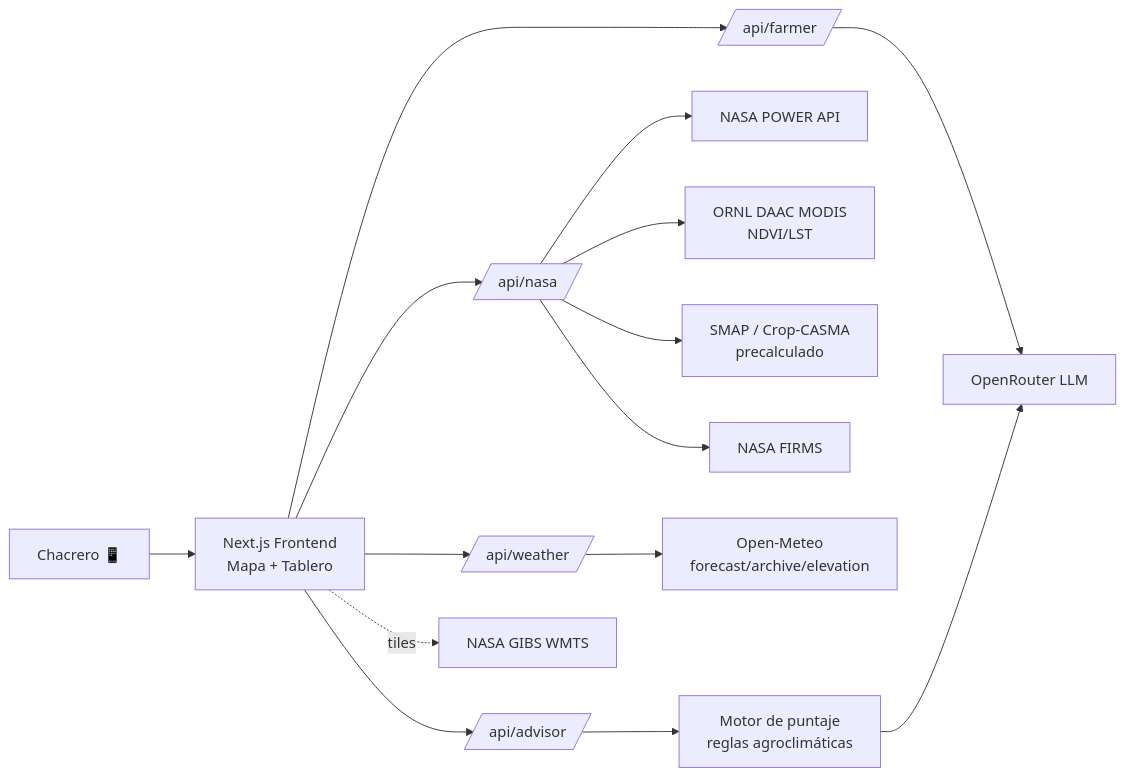
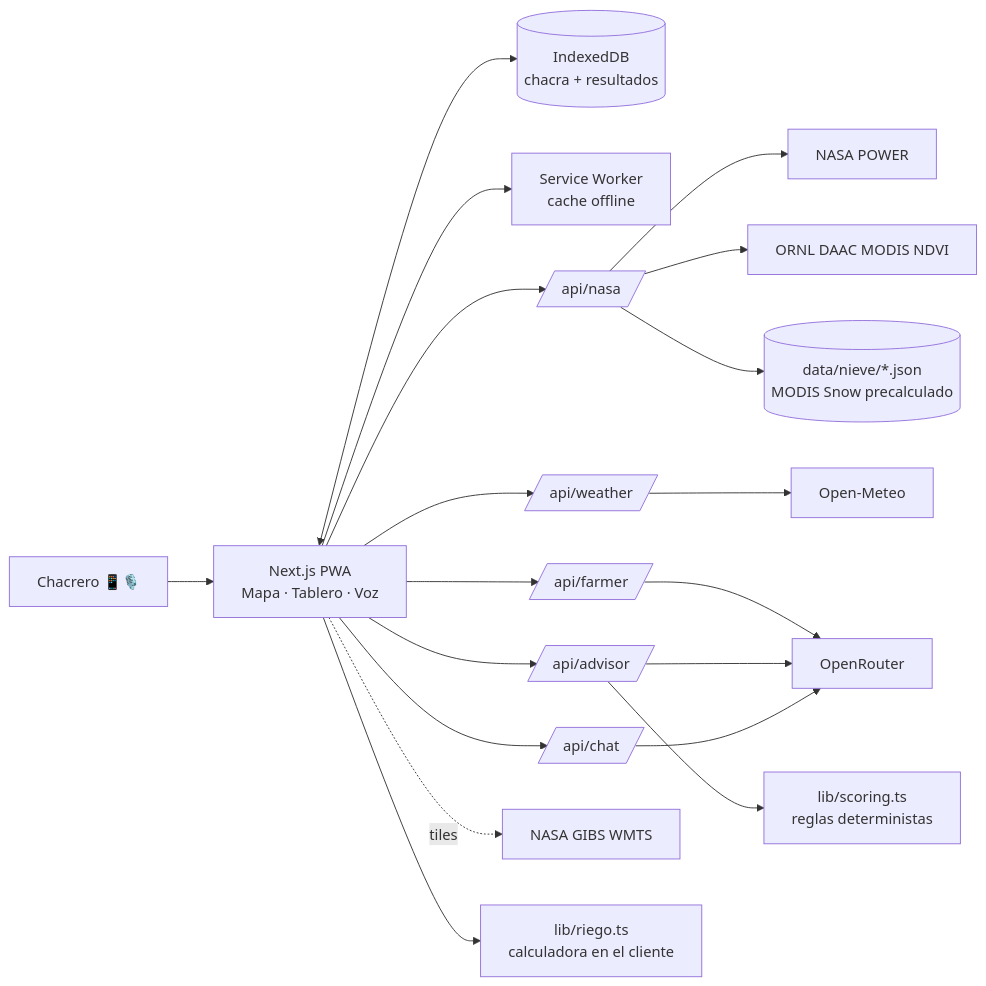
The diagram in docs/PLAN.md (uriellambA/supernova-eta26), drawn with Mermaid before and after one commit. The commit also changed other lines of this file and 1 other file, not shown here.

````diff
--- a/docs/PLAN.md
+++ b/docs/PLAN.md
@@ -122,17 +116,19 @@
 ```mermaid
 flowchart LR
-  U[Chacrero 📱] --> FE[Next.js Frontend<br/>Mapa + Tablero]
-  FE --> API1[/api/nasa/]
-  FE --> API2[/api/weather/]
-  FE --> API3[/api/farmer/]
-  FE --> API4[/api/advisor/]
-  API1 --> POWER[NASA POWER API]
-  API1 --> MODIS[ORNL DAAC MODIS<br/>NDVI/LST]
-  API1 --> SMAP[SMAP / Crop-CASMA<br/>precalculado]
+  U[Chacrero 📱🎙️] --> FE[Next.js PWA<br/>Mapa · Tablero · Voz]
+  FE <--> IDB[(IndexedDB<br/>chacra + resultados)]
+  FE --> SW[Service Worker<br/>cache offline]
+  FE --> A1[/api/nasa/]
+  FE --> A2[/api/weather/]
+  FE --> A3[/api/farmer/]
+  FE --> A4[/api/advisor/]
+  FE --> A5[/api/chat/]
+  A1 --> POWER[NASA POWER]
+  A1 --> MODIS[ORNL DAAC MODIS NDVI]
+  A1 --> SNOW[(data/nieve/*.json<br/>MODIS Snow precalculado)]
   FE -. tiles .-> GIBS[NASA GIBS WMTS]
-  API1 --> FIRMS[NASA FIRMS]
-  API2 --> OM[Open-Meteo<br/>forecast/archive/elevation]
-  API3 --> OR[OpenRouter LLM]
-  API4 --> SCORE[Motor de puntaje<br/>reglas agroclimáticas]
-  SCORE --> OR
+  A2 --> OM[Open-Meteo]
+  A3 & A4 & A5 --> OR[OpenRouter]
+  A4 --> SC[lib/scoring.ts<br/>reglas deterministas]
+  FE --> RIEGO[lib/riego.ts<br/>calculadora en el cliente]
 ```
````
